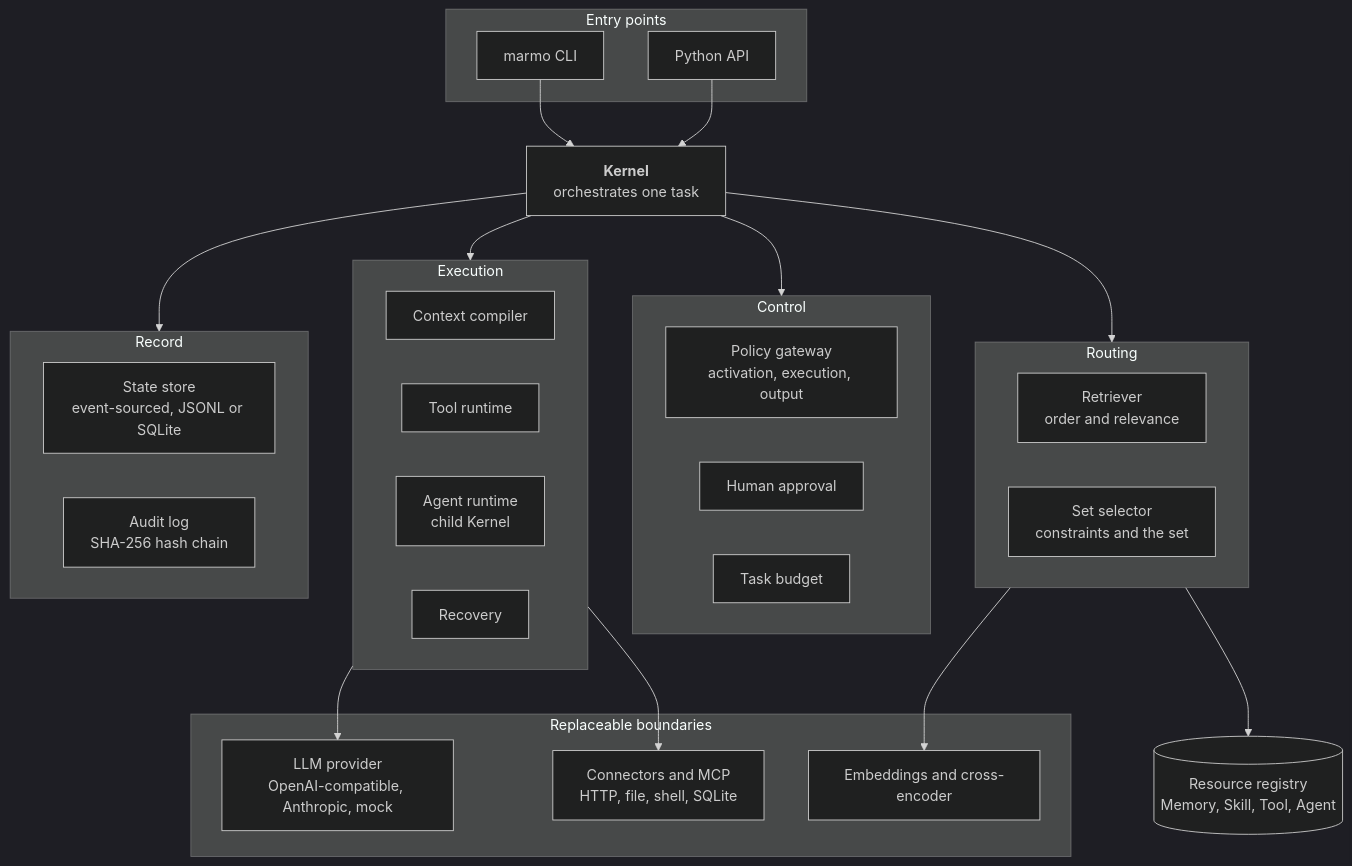
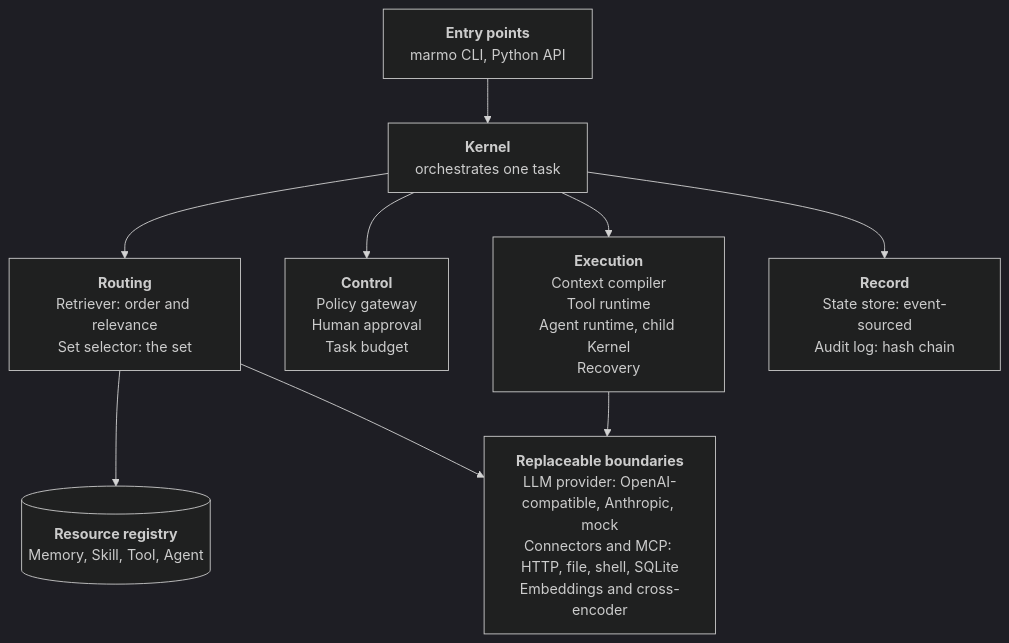
The second of 6 diagrams in README.md (kota-kawa/Marmo-Core), drawn with Mermaid (dark theme) before and after one commit. The commit also changed other lines of this file, not shown here.

Commit message:
docs: make the README layer diagram legible at page width
The subgraph layout rendered about 1,500 px wide and was scaled down until
its labels were unreadable. Use one node per layer instead.

````diff
--- a/README.md
+++ b/README.md
@@ -81,43 +81,16 @@
 ```mermaid
 flowchart TB
-    subgraph entry["Entry points"]
-        cli["marmo CLI"]
-        api["Python API"]
-    end
+    entry["<b>Entry points</b><br/>marmo CLI, Python API"]
     kernel["<b>Kernel</b><br/>orchestrates one task"]
-    subgraph routing["Routing"]
-        retriever["Retriever<br/>order and relevance"]
-        selector["Set selector<br/>constraints and the set"]
-    end
-    subgraph control["Control"]
-        policy["Policy gateway<br/>activation, execution, output"]
-        hitl["Human approval"]
-        budget["Task budget"]
-    end
-    subgraph execution["Execution"]
-        compiler["Context compiler"]
-        tools["Tool runtime"]
-        agents["Agent runtime<br/>child Kernel"]
-        recovery["Recovery"]
-    end
-    subgraph record["Record"]
-        state["State store<br/>event-sourced, JSONL or SQLite"]
-        audit["Audit log<br/>SHA-256 hash chain"]
-    end
-    subgraph boundary["Replaceable boundaries"]
-        llm["LLM provider<br/>OpenAI-compatible, Anthropic, mock"]
-        connectors["Connectors and MCP<br/>HTTP, file, shell, SQLite"]
-        embeddings["Embeddings and cross-encoder"]
-    end
-    registry[("Resource registry<br/>Memory, Skill, Tool, Agent")]
-    cli --> kernel
-    api --> kernel
-    kernel --> routing
-    kernel --> control
-    kernel --> execution
-    kernel --> record
+    routing["<b>Routing</b><br/>Retriever: order and relevance<br/>Set selector: the set"]
+    control["<b>Control</b><br/>Policy gateway<br/>Human approval<br/>Task budget"]
+    execution["<b>Execution</b><br/>Context compiler<br/>Tool runtime<br/>Agent runtime, child Kernel<br/>Recovery"]
+    record["<b>Record</b><br/>State store: event-sourced<br/>Audit log: hash chain"]
+    registry[("<b>Resource registry</b><br/>Memory, Skill, Tool, Agent")]
+    boundary["<b>Replaceable boundaries</b><br/>LLM provider: OpenAI-compatible, Anthropic, mock<br/>Connectors and MCP: HTTP, file, shell, SQLite<br/>Embeddings and cross-encoder"]
+    entry --> kernel
+    kernel --> routing & control & execution & record
     routing --> registry
-    routing --> embeddings
-    execution --> llm
-    execution --> connectors
+    routing --> boundary
+    execution --> boundary
 ```
````
